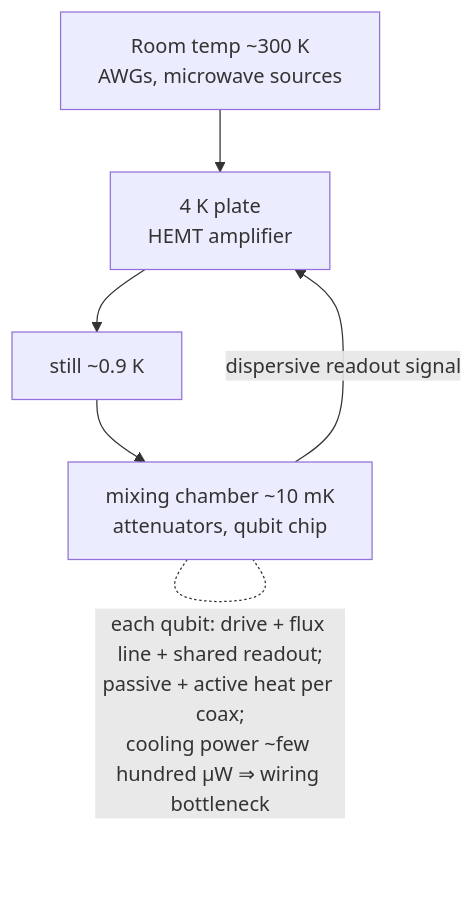
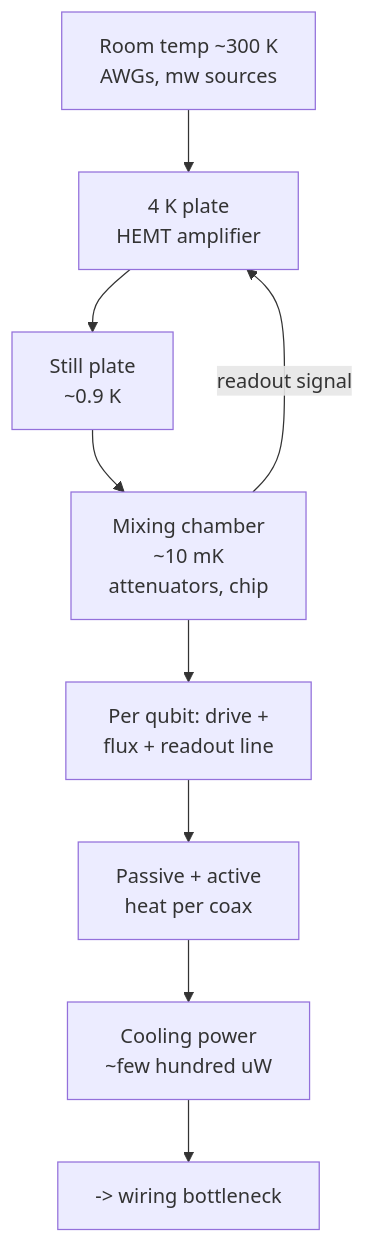
Before and after one commit to Iamsohungrynow/superconducting-qubits-journey: the second of 2 diagrams in tutorial/01-introduction.md, drawn with Mermaid. The commit also changed other lines of this file and 11 other files, not shown here.

Commit message:
Rewrite Mermaid diagrams for clear GitHub rendering (TD layout, short labels)

````diff
--- a/tutorial/01-introduction.md
+++ b/tutorial/01-introduction.md
@@ -157,8 +159,11 @@
 ```mermaid
 flowchart TD
-  RT["Room temp ~300 K<br/>AWGs, microwave sources"] --> A["4 K plate<br/>HEMT amplifier"]
-  A --> B["still ~0.9 K"]
-  B --> C["mixing chamber ~10 mK<br/>attenuators, qubit chip"]
-  C -->|"dispersive readout signal"| A
-  C -. "each qubit: drive + flux line + shared readout;<br/>passive + active heat per coax;<br/>cooling power ~few hundred µW ⇒ wiring bottleneck" .- C
+  RT["Room temp ~300 K<br/>AWGs, mw sources"] --> A["4 K plate<br/>HEMT amplifier"]
+  A --> B["Still plate<br/>~0.9 K"]
+  B --> C["Mixing chamber<br/>~10 mK<br/>attenuators, chip"]
+  C -->|"readout signal"| A
+  C --> N1["Per qubit: drive +<br/>flux + readout line"]
+  N1 --> N2["Passive + active<br/>heat per coax"]
+  N2 --> N3["Cooling power<br/>~few hundred uW"]
+  N3 --> N4["-> wiring bottleneck"]
 ```
````
